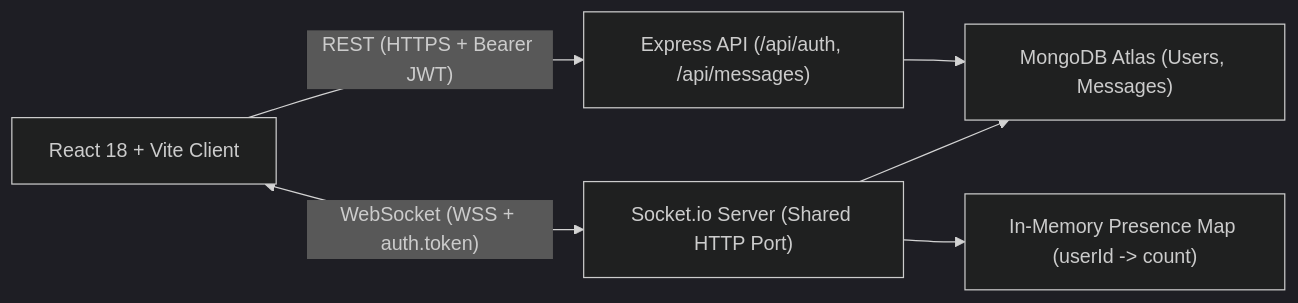
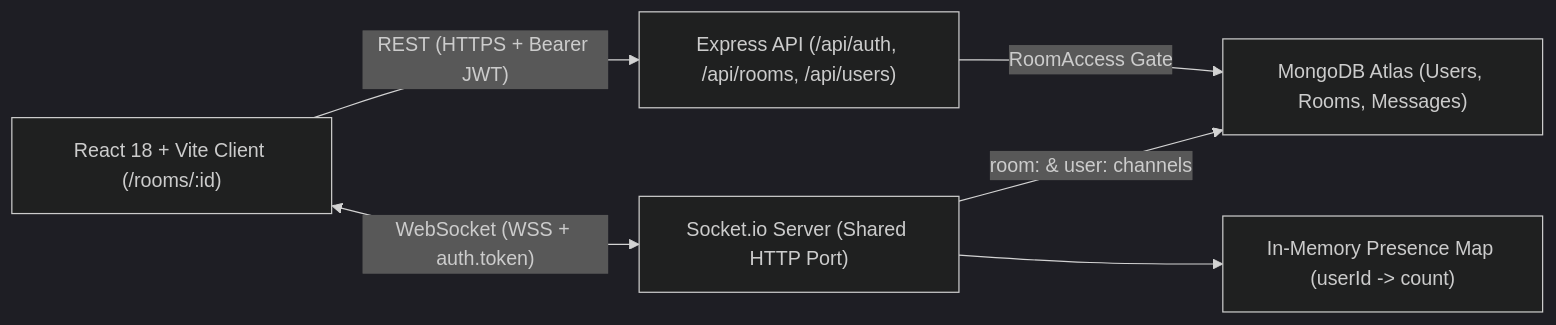
The diagram in README.md (Lucky-1608/Real-time-chat-application), drawn with Mermaid (dark theme) before and after one commit. The commit also changed other lines of this file and 2 other files, not shown here.

````diff
--- a/README.md
+++ b/README.md
@@ -23,8 +23,8 @@
 ```mermaid
 flowchart LR
-  Browser["React 18 + Vite Client"] -->|"REST (HTTPS + Bearer JWT)"| Express["Express API (/api/auth, /api/messages)"]
+  Browser["React 18 + Vite Client (/rooms/:id)"] -->|"REST (HTTPS + Bearer JWT)"| Express["Express API (/api/auth, /api/rooms, /api/users)"]
   Browser <-->|"WebSocket (WSS + auth.token)"| SocketIO["Socket.io Server (Shared HTTP Port)"]
-  Express --> Mongo["MongoDB Atlas (Users, Messages)"]
-  SocketIO --> Mongo
+  Express -->|"RoomAccess Gate"| Mongo["MongoDB Atlas (Users, Rooms, Messages)"]
+  SocketIO -->|"room:<id> & user:<id> channels"| Mongo
   SocketIO --> Presence["In-Memory Presence Map (userId -> count)"]
 ```
````
